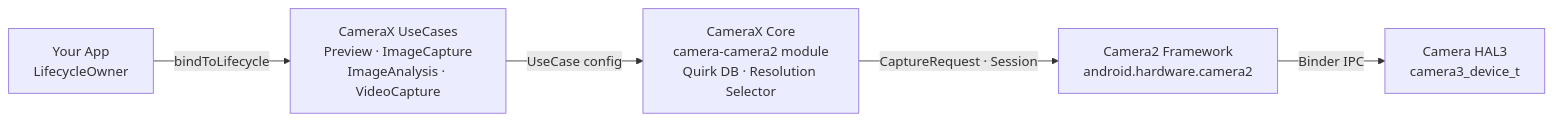
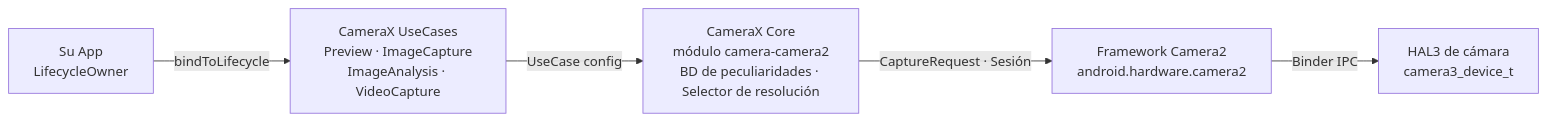
One commit to zoozooll/AndroidCameraParameters changed the first of 2 diagrams in website/i18n/es/docusaurus-plugin-content-docs/current/camera2/camerax.md. Above: the diagram before and after it, drawn with Mermaid. The commit also changed other lines of this file and 378 other files, not shown here.

Commit message:
Update Android Camera Parameters repository links across localized Camera2 documentation

````diff
--- a/website/i18n/es/docusaurus-plugin-content-docs/current/camera2/camerax.md
+++ b/website/i18n/es/docusaurus-plugin-content-docs/current/camera2/camerax.md
@@ -63,7 +63,7 @@
 ```mermaid
 graph LR
-    App[Your App<br/>LifecycleOwner] -->|bindToLifecycle| UC[CameraX UseCases<br/>Preview · ImageCapture<br/>ImageAnalysis · VideoCapture]
-    UC -->|UseCase config| CX[CameraX Core<br/>camera-camera2 module<br/>Quirk DB · Resolution Selector]
-    CX -->|CaptureRequest · Session| C2[Camera2 Framework<br/>android.hardware.camera2]
-    C2 -->|Binder IPC| HAL[Camera HAL3<br/>camera3_device_t]
+    App["Su App<br/>LifecycleOwner"] -->|bindToLifecycle| UC["CameraX UseCases<br/>Preview · ImageCapture<br/>ImageAnalysis · VideoCapture"]
+    UC -->|UseCase config| CX[CameraX Core<br/>módulo camera-camera2<br/>BD de peculiaridades · Selector de resolución]
+    CX -->|CaptureRequest · Sesión| C2[Framework Camera2<br/>android.hardware.camera2]
+    C2 -->|Binder IPC| HAL[HAL3 de cámara<br/>camera3_device_t]
 ```
````
